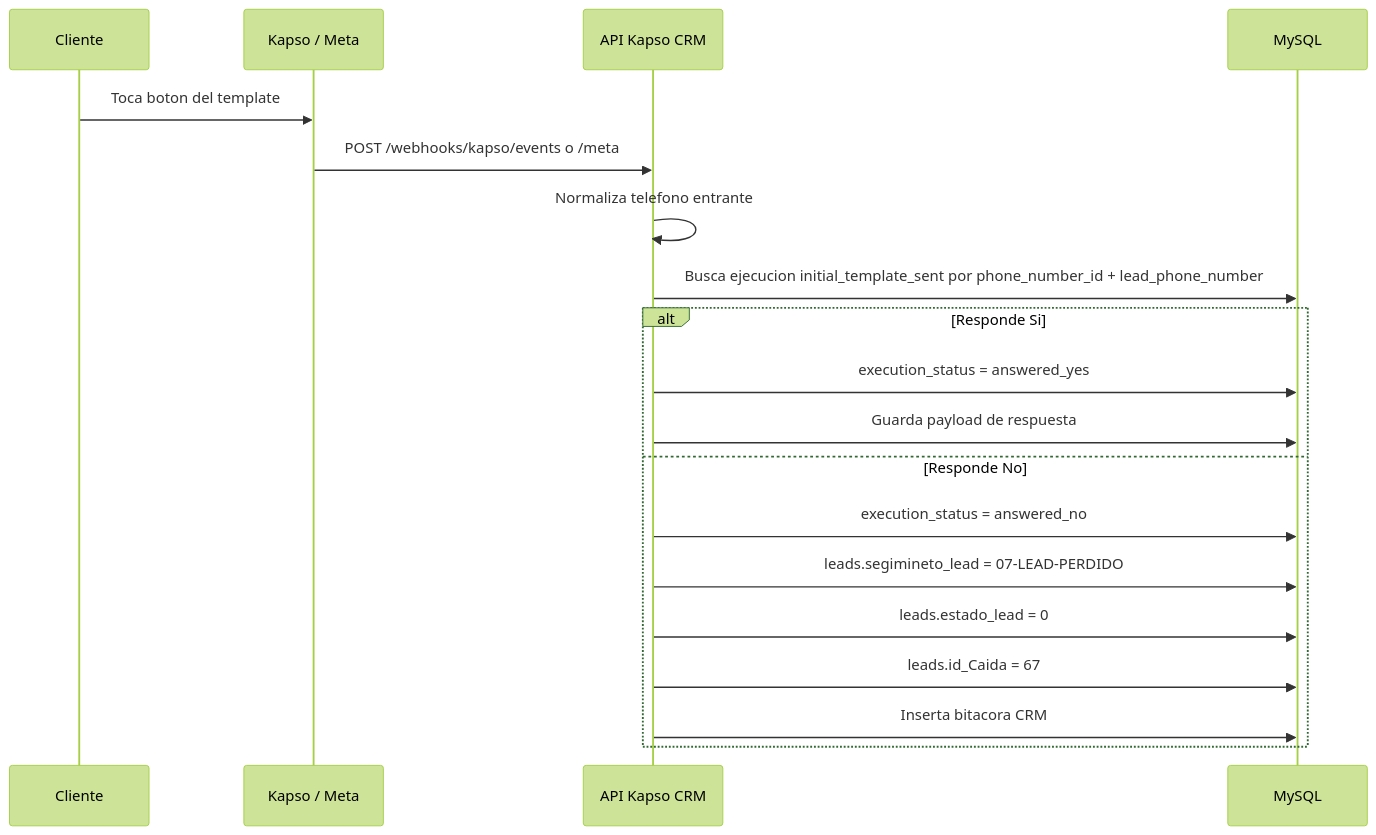
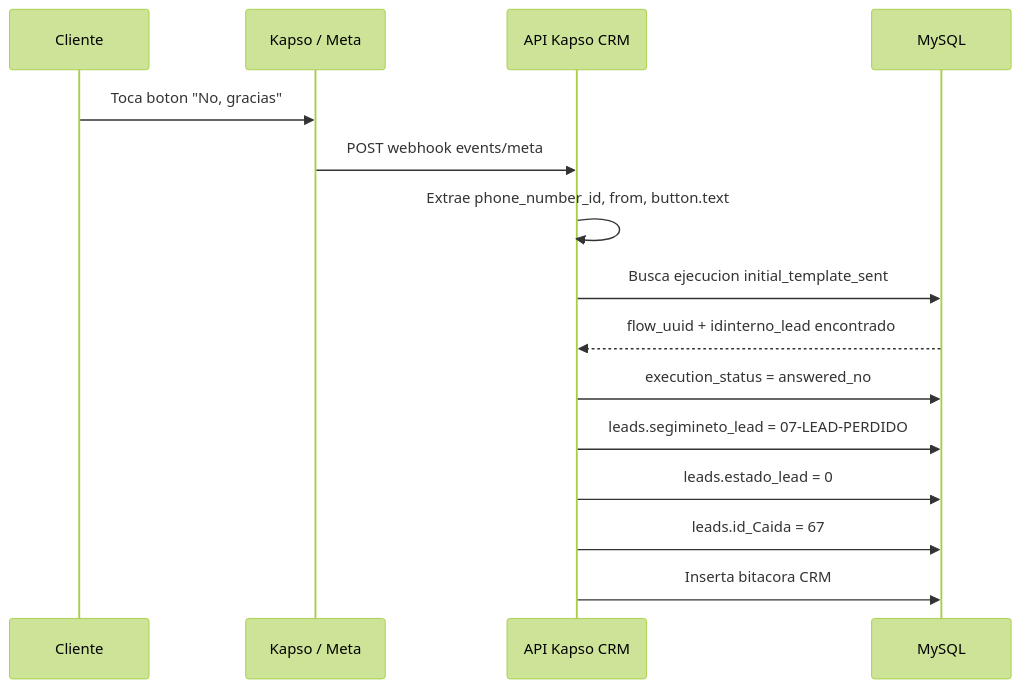
One commit to roccacr/CRM_VENTAS changed the sixth of 8 diagrams in README.md. Above: the diagram before and after it, drawn with Mermaid (forest theme). The commit also changed other lines of this file and 8 other files, not shown here.

Commit message:
Update Kapso flow docs and no-response handling

````diff
--- a/README.md
+++ b/README.md
@@ -292,22 +328,18 @@
 ```mermaid
 sequenceDiagram
   participant Cliente
   participant K as Kapso / Meta
   participant API as API Kapso CRM
   participant DB as MySQL
 
-  Cliente->>K: Toca boton del template
-  K->>API: POST /webhooks/kapso/events o /meta
-  API->>API: Normaliza telefono entrante
-  API->>DB: Busca ejecucion initial_template_sent por phone_number_id + lead_phone_number
-  alt Responde Si
-    API->>DB: execution_status = answered_yes
-    API->>DB: Guarda payload de respuesta
-  else Responde No
-    API->>DB: execution_status = answered_no
-    API->>DB: leads.segimineto_lead = 07-LEAD-PERDIDO
-    API->>DB: leads.estado_lead = 0
-    API->>DB: leads.id_Caida = 67
-    API->>DB: Inserta bitacora CRM
-  end
+  Cliente->>K: Toca boton "No, gracias"
+  K->>API: POST webhook events/meta
+  API->>API: Extrae phone_number_id, from, button.text
+  API->>DB: Busca ejecucion initial_template_sent
+  DB-->>API: flow_uuid + idinterno_lead encontrado
+  API->>DB: execution_status = answered_no
+  API->>DB: leads.segimineto_lead = 07-LEAD-PERDIDO
+  API->>DB: leads.estado_lead = 0
+  API->>DB: leads.id_Caida = 67
+  API->>DB: Inserta bitacora CRM
 ```
````
